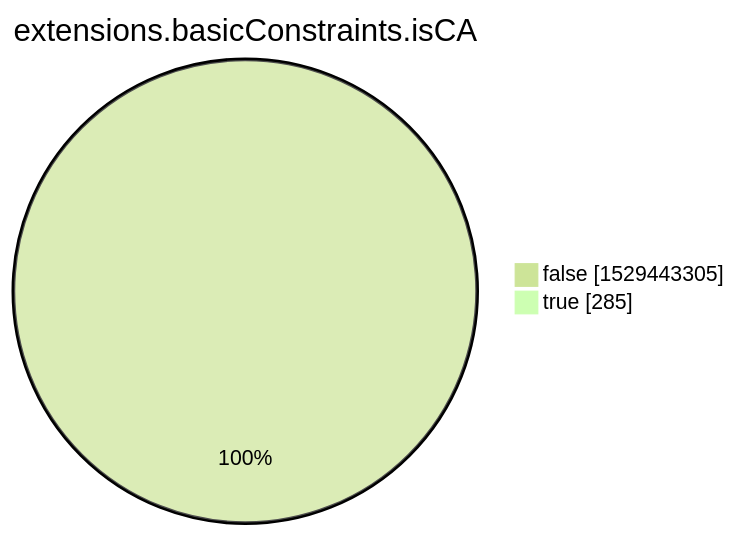
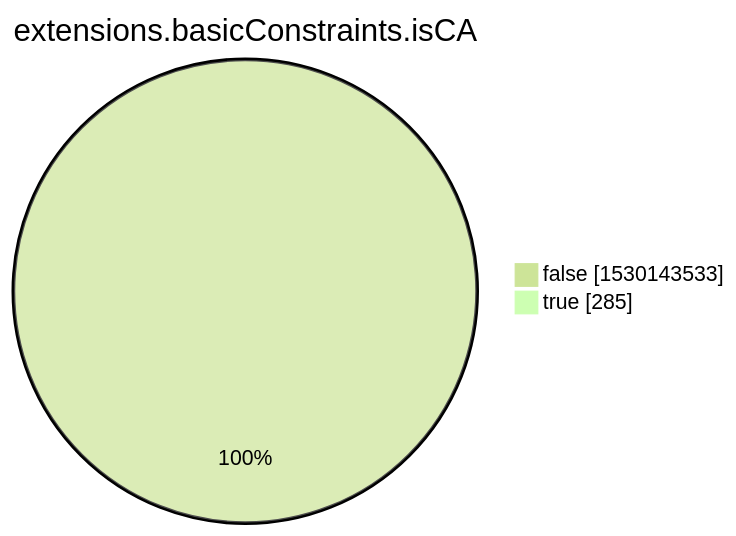
The eighth of 15 diagrams in xenon2022/README.md (christiankrug/ctmonitor_visualization), drawn with Mermaid (forest theme) before and after one commit. The commit also changed other lines of this file, not shown here.

````diff
--- a/xenon2022/README.md
+++ b/xenon2022/README.md
@@ -2857,6 +2857,6 @@
 ```mermaid
 pie showData
 title extensions.basicConstraints.isCA
-"false" :1529443305
+"false" :1530143533
 "true" :285
 ```
````
